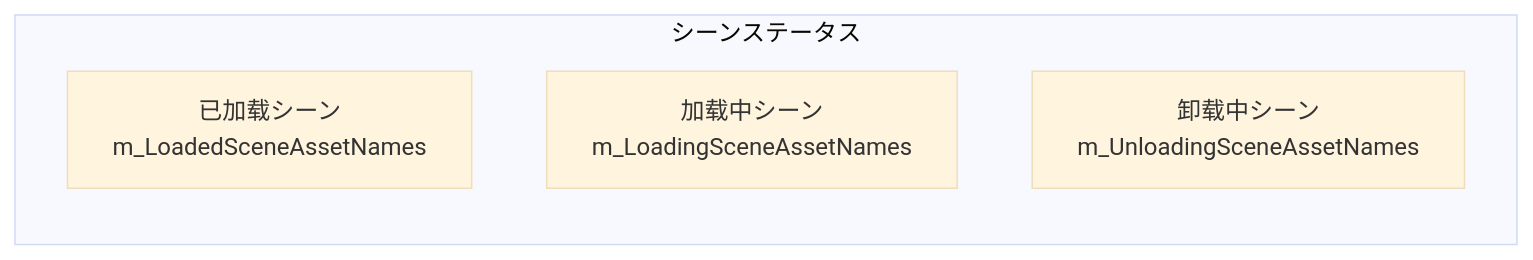
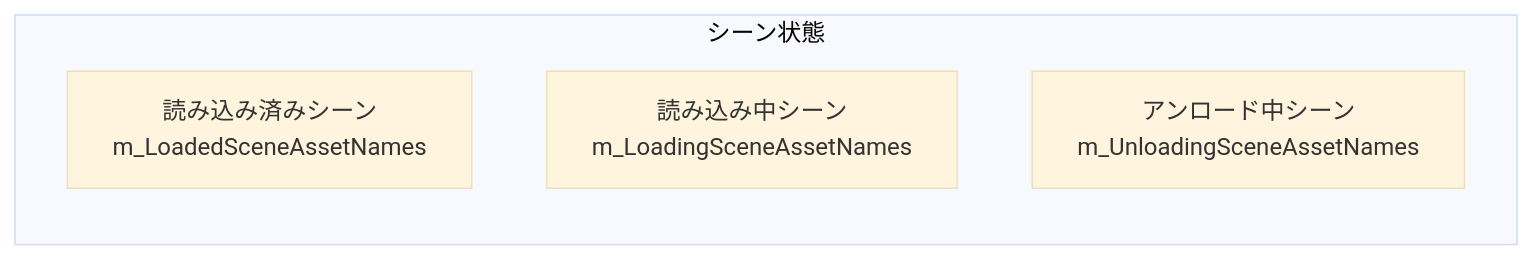
Before and after one commit to AlianBlank/GameFrameX.Docs: the second of 5 diagrams in docs/ja/client/unity/component/scene/04.features.md, drawn with Mermaid (base theme). The commit also changed other lines of this file and 320 other files, not shown here.

````diff
--- a/docs/ja/client/unity/component/scene/04.features.md
+++ b/docs/ja/client/unity/component/scene/04.features.md
@@ -45,8 +45,8 @@
 ```mermaid
 flowchart LR
-    subgraph SceneState["シーンステータス"]
-        Loaded["已加载シーン<br/>m_LoadedSceneAssetNames"]
-        Loading["加载中シーン<br/>m_LoadingSceneAssetNames"]
-        Unloading["卸载中シーン<br/>m_UnloadingSceneAssetNames"]
+    subgraph SceneState["シーン状態"]
+        Loaded["読み込み済みシーン<br/>m_LoadedSceneAssetNames"]
+        Loading["読み込み中シーン<br/>m_LoadingSceneAssetNames"]
+        Unloading["アンロード中シーン<br/>m_UnloadingSceneAssetNames"]
     end
 ```
````
